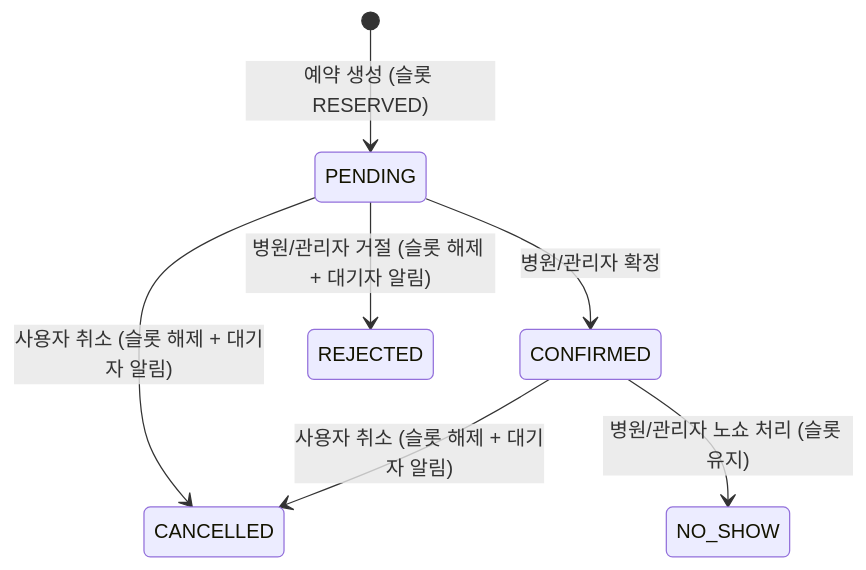
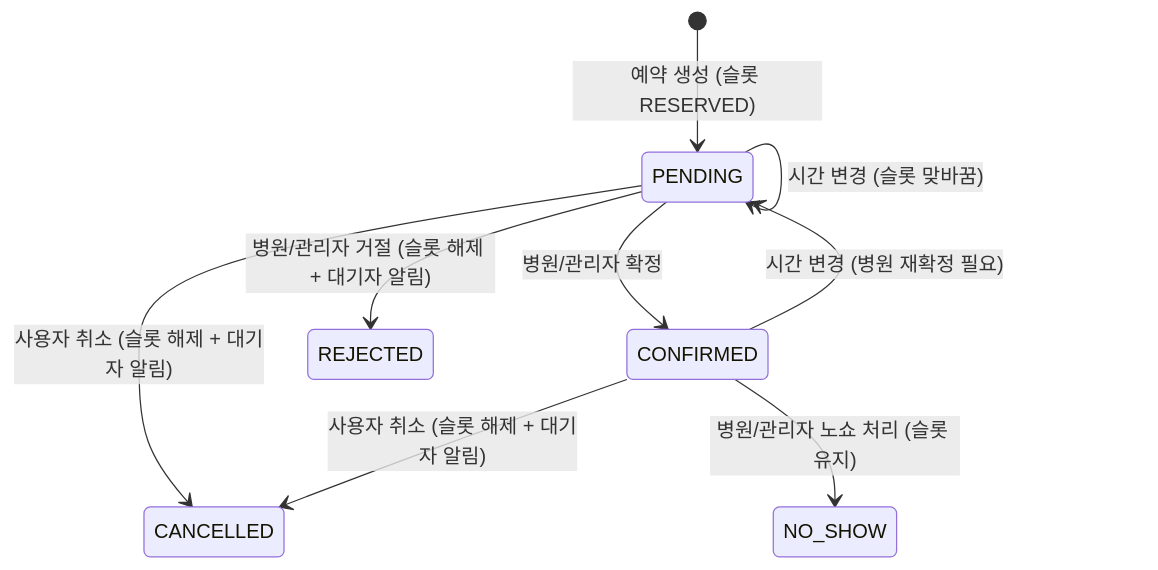
Before and after one commit to CodeVins/PetCare-System: the third of 5 diagrams in README.md, drawn with Mermaid. The commit also changed other lines of this file and 9 other files, not shown here.

````diff
--- a/README.md
+++ b/README.md
@@ -231,9 +245,11 @@
 ```mermaid
 stateDiagram-v2
     [*] --> PENDING: 예약 생성 (슬롯 RESERVED)
     PENDING --> CONFIRMED: 병원/관리자 확정
     PENDING --> REJECTED: 병원/관리자 거절 (슬롯 해제 + 대기자 알림)
     PENDING --> CANCELLED: 사용자 취소 (슬롯 해제 + 대기자 알림)
     CONFIRMED --> CANCELLED: 사용자 취소 (슬롯 해제 + 대기자 알림)
     CONFIRMED --> NO_SHOW: 병원/관리자 노쇼 처리 (슬롯 유지)
+    PENDING --> PENDING: 시간 변경 (슬롯 맞바꿈)
+    CONFIRMED --> PENDING: 시간 변경 (병원 재확정 필요)
 ```
````
